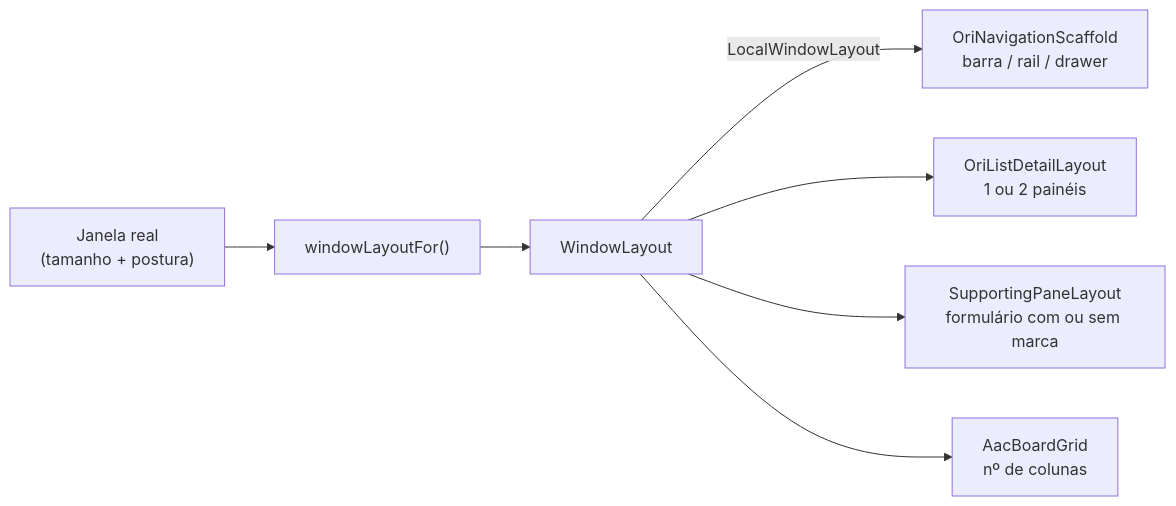
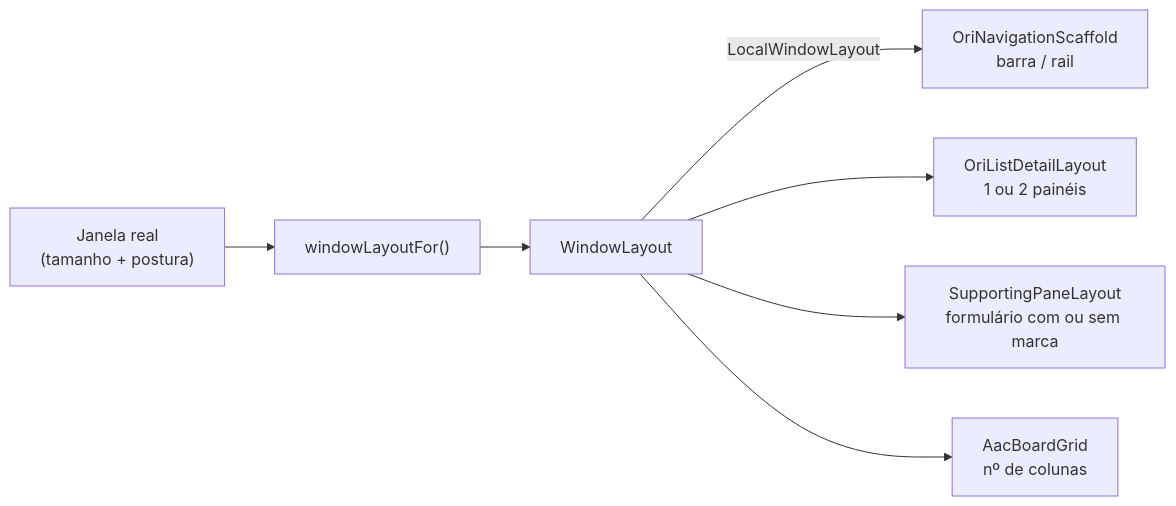
Before and after one commit to MatheusMendoncaLima/ori: the first of 2 diagrams in docs/design-system.md, drawn with Mermaid. The commit also changed other lines of this file and 516 other files, not shown here.

````diff
--- a/docs/design-system.md
+++ b/docs/design-system.md
@@ -112,9 +113,9 @@
 ```mermaid
 flowchart LR
     W["Janela real<br/>(tamanho + postura)"] --> F["windowLayoutFor()"]
     F --> L["WindowLayout"]
-    L -->|LocalWindowLayout| N["OriNavigationScaffold<br/>barra / rail / drawer"]
+    L -->|LocalWindowLayout| N["OriNavigationScaffold<br/>barra / rail"]
     L --> D["OriListDetailLayout<br/>1 ou 2 painéis"]
     L --> S["SupportingPaneLayout<br/>formulário com ou sem marca"]
     L --> G["AacBoardGrid<br/>nº de colunas"]
 ```
````
